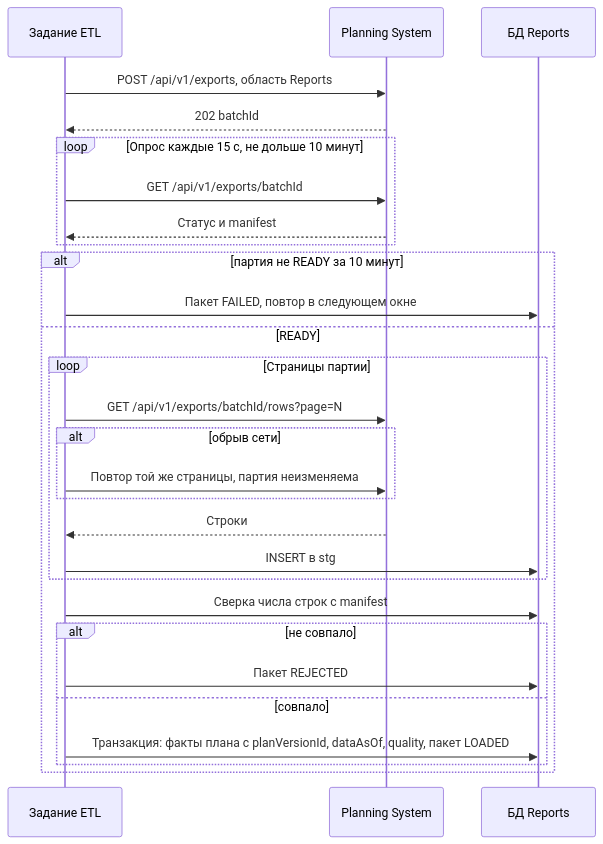
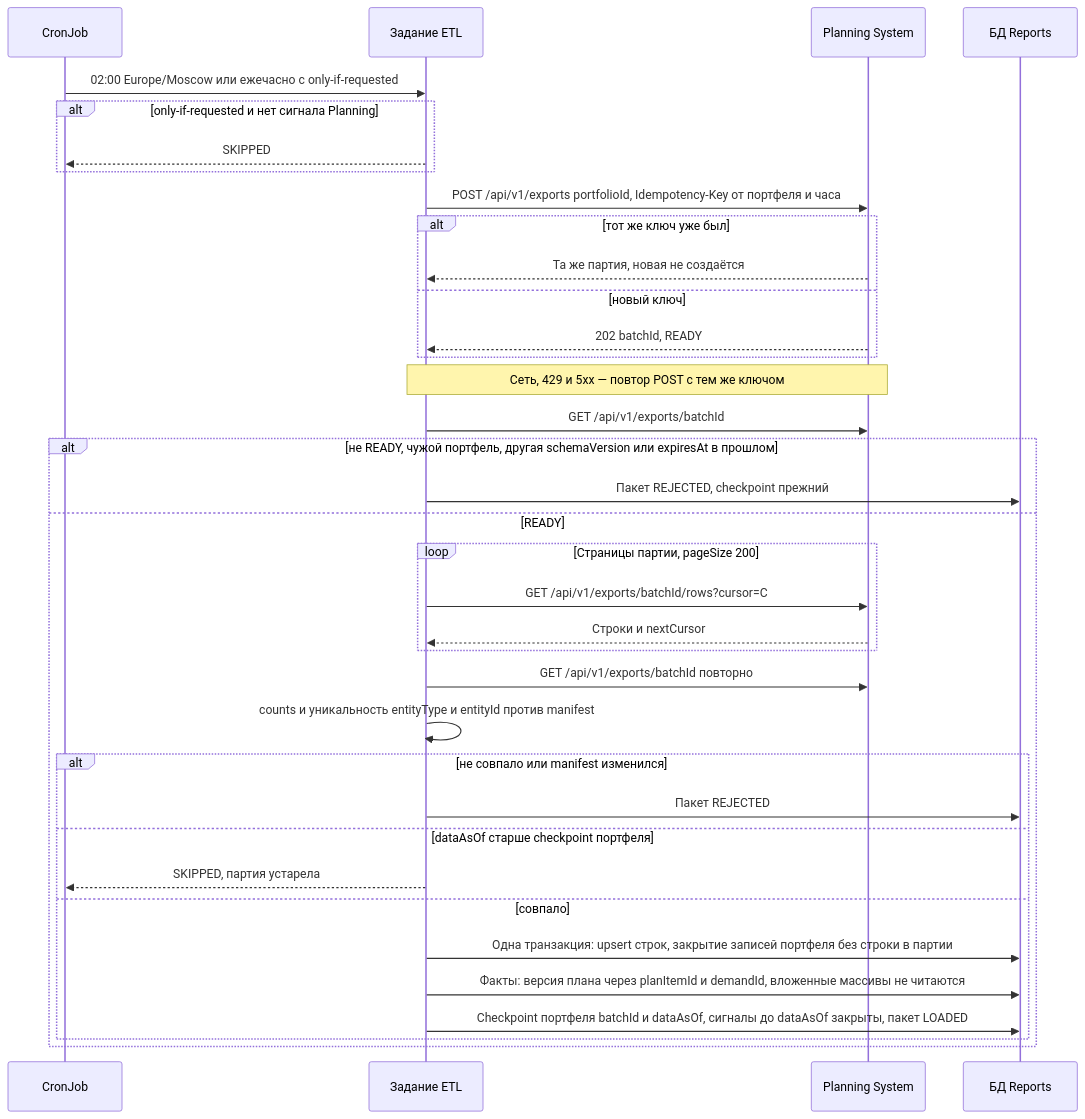
One commit to MEPhI-C22-501/arch-info-system-monorepo changed the third of 9 diagrams in reports/docs/155.sequence-diagrams.md. Above: the diagram before and after it, drawn with Mermaid. The commit also changed other lines of this file and 20 other files, not shown here.

First line of the commit message:
fix(reports): align Planning export ETL with agreement in #147

````diff
--- a/reports/docs/155.sequence-diagrams.md
+++ b/reports/docs/155.sequence-diagrams.md
@@ -98,30 +98,38 @@
 ```mermaid
 sequenceDiagram
+    participant CJ as CronJob
     participant E as Задание ETL
     participant PS as Planning System
     participant DB as БД Reports
-    E->>PS: POST /api/v1/exports, область Reports
-    PS-->>E: 202 batchId
-    loop Опрос каждые 15 с, не дольше 10 минут
-        E->>PS: GET /api/v1/exports/batchId
-        PS-->>E: Статус и manifest
+    CJ->>E: 02:00 Europe/Moscow или ежечасно с only-if-requested
+    alt only-if-requested и нет сигнала Planning
+        E-->>CJ: SKIPPED
     end
-    alt партия не READY за 10 минут
-        E->>DB: Пакет FAILED, повтор в следующем окне
+    E->>PS: POST /api/v1/exports portfolioId, Idempotency-Key от портфеля и часа
+    alt тот же ключ уже был
+        PS-->>E: Та же партия, новая не создаётся
+    else новый ключ
+        PS-->>E: 202 batchId, READY
+    end
+    Note over E,PS: Сеть, 429 и 5xx — повтор POST с тем же ключом
+    E->>PS: GET /api/v1/exports/batchId
+    alt не READY, чужой портфель, другая schemaVersion или expiresAt в прошлом
+        E->>DB: Пакет REJECTED, checkpoint прежний
     else READY
-        loop Страницы партии
-            E->>PS: GET /api/v1/exports/batchId/rows?page=N
-            alt обрыв сети
-                E->>PS: Повтор той же страницы, партия неизменяема
-            end
-            PS-->>E: Строки
-            E->>DB: INSERT в stg
+        loop Страницы партии, pageSize 200
+            E->>PS: GET /api/v1/exports/batchId/rows?cursor=C
+            PS-->>E: Строки и nextCursor
         end
-        E->>DB: Сверка числа строк с manifest
-        alt не совпало
+        E->>PS: GET /api/v1/exports/batchId повторно
+        E->>E: counts и уникальность entityType и entityId против manifest
+        alt не совпало или manifest изменился
             E->>DB: Пакет REJECTED
+        else dataAsOf старше checkpoint портфеля
+            E-->>CJ: SKIPPED, партия устарела
         else совпало
-            E->>DB: Транзакция: факты плана с planVersionId, dataAsOf, quality, пакет LOADED
+            E->>DB: Одна транзакция: upsert строк, закрытие записей портфеля без строки в партии
+            E->>DB: Факты: версия плана через planItemId и demandId, вложенные массивы не читаются
+            E->>DB: Checkpoint портфеля batchId и dataAsOf, сигналы до dataAsOf закрыты, пакет LOADED
         end
     end
 ```
````
